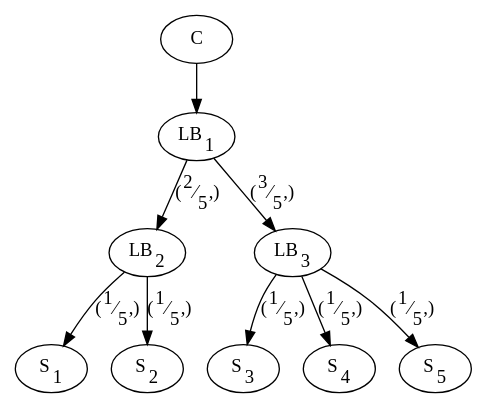
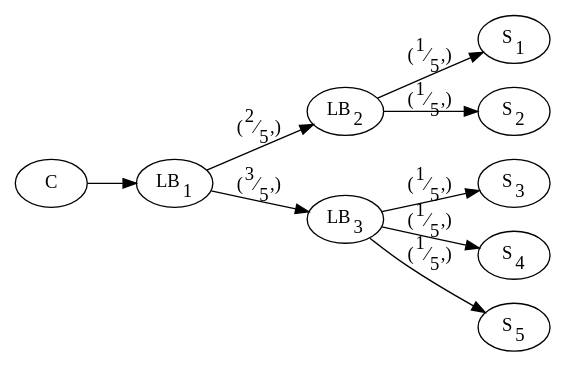
The diagram in random/strace-pio-build/g4.dot (jerryz920/utils), drawn with Graphviz before and after one commit. The commit also changed 3 other files, not shown here.

```diff
--- a/random/strace-pio-build/g4.dot
+++ b/random/strace-pio-build/g4.dot
@@ -1,18 +1,19 @@
 digraph G {
+  graph [rankdir=LR];
   LB1 [ label = <LB<sub>1</sub>> ]
   LB2 [ label = <LB<sub>2</sub>> ]
   LB3 [ label = <LB<sub>3</sub>> ]
   S1 [ label = <S<sub>1</sub>> ]
   S2 [ label = <S<sub>2</sub>> ]
   S3 [ label = <S<sub>3</sub>> ]
   S4 [ label = <S<sub>4</sub>> ]
   S5 [ label = <S<sub>5</sub>> ]
   C -> LB1
   LB1 -> LB2 [ label = <(<sup>2</sup>&frasl;<sub>5</sub>,)> ]
   LB1 -> LB3 [ label = <(<sup>3</sup>&frasl;<sub>5</sub>,)> ]
   LB2 -> S1 [ label = <(<sup>1</sup>&frasl;<sub>5</sub>,)> ]
   LB2 -> S2 [ label = <(<sup>1</sup>&frasl;<sub>5</sub>,)> ]
   LB3 -> S3 [ label = <(<sup>1</sup>&frasl;<sub>5</sub>,)> ]
   LB3 -> S4 [ label = <(<sup>1</sup>&frasl;<sub>5</sub>,)> ]
   LB3 -> S5 [ label = <(<sup>1</sup>&frasl;<sub>5</sub>,)> ]
 }
```
